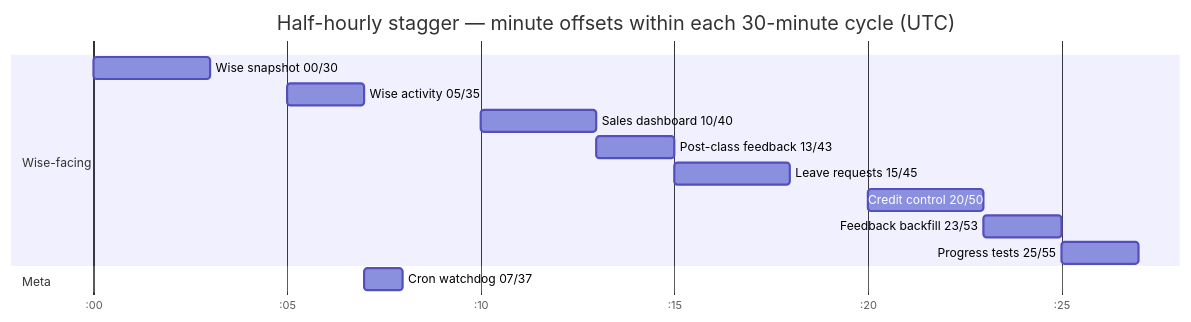
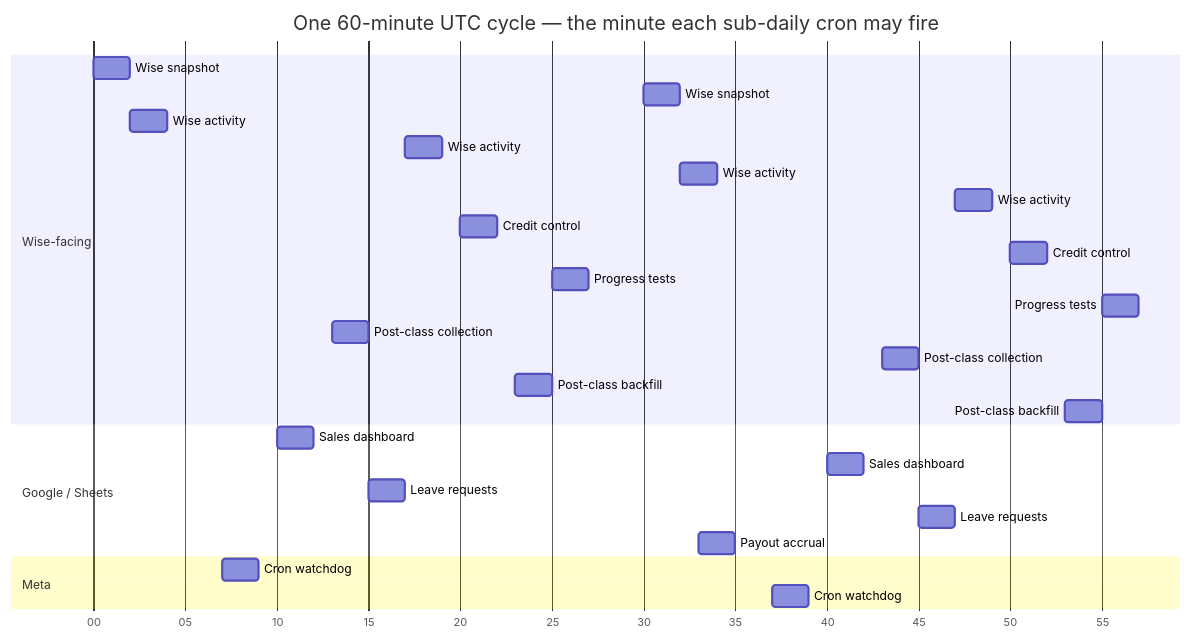
Before and after one commit to kasheesh711/bgscheduler: the first of 5 diagrams in docs/reference/crons.md, drawn with Mermaid. The commit also changed other lines of this file and 95 other files, not shown here.

````diff
--- a/docs/reference/crons.md
+++ b/docs/reference/crons.md
@@ -46,17 +55,30 @@
 ```mermaid
 gantt
-    title Half-hourly stagger — minute offsets within each 30-minute cycle (UTC)
-    dateFormat mm
-    axisFormat :%M
+    title One 60-minute UTC cycle — the minute each sub-daily cron may fire
+    dateFormat HH:mm
+    axisFormat %M
     section Wise-facing
-    Wise snapshot 00/30        :a1, 00, 3m
-    Wise activity 05/35        :a2, 05, 2m
-    Sales dashboard 10/40      :a3, 10, 3m
-    Post-class feedback 13/43  :a4, 13, 2m
-    Leave requests 15/45       :a5, 15, 3m
-    Credit control 20/50       :a6, 20, 3m
-    Feedback backfill 23/53    :a7, 23, 2m
-    Progress tests 25/55       :a8, 25, 2m
+    Wise snapshot :00 / :30              :a1, 00:00, 2m
+    Wise snapshot                        :a2, 00:30, 2m
+    Wise activity :02 :17 :32 :47        :b1, 00:02, 2m
+    Wise activity                        :b2, 00:17, 2m
+    Wise activity                        :b3, 00:32, 2m
+    Wise activity                        :b4, 00:47, 2m
+    Credit control :20 / :50             :c1, 00:20, 2m
+    Credit control                       :c2, 00:50, 2m
+    Progress tests :25 / :55             :d1, 00:25, 2m
+    Progress tests                       :d2, 00:55, 2m
+    Post-class collection :13 / :43      :e1, 00:13, 2m
+    Post-class collection                :e2, 00:43, 2m
+    Post-class backfill :23 / :53        :f1, 00:23, 2m
+    Post-class backfill                  :f2, 00:53, 2m
+    section Google / Sheets
+    Sales dashboard :10 / :40            :g1, 00:10, 2m
+    Sales dashboard                      :g2, 00:40, 2m
+    Leave requests :15 / :45             :h1, 00:15, 2m
+    Leave requests                       :h2, 00:45, 2m
+    Payout accrual :33 hourly            :i1, 00:33, 2m
     section Meta
-    Cron watchdog 07/37        :b1, 07, 1m
+    Cron watchdog :07 / :37              :j1, 00:07, 2m
+    Cron watchdog                        :j2, 00:37, 2m
 ```
````
